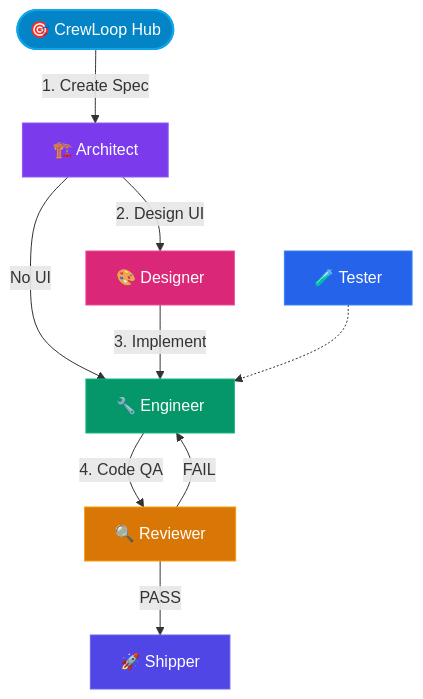
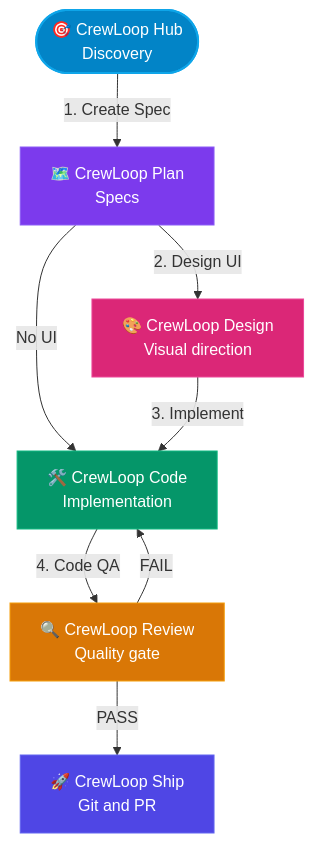
The diagram in docs/public/docs/tools/workflow-test.md (leorsousa05/CrewLoop), drawn with Mermaid before and after one commit. The commit also changed other lines of this file and 117 other files, not shown here.

````diff
--- a/docs/public/docs/tools/workflow-test.md
+++ b/docs/public/docs/tools/workflow-test.md
@@ -19,30 +19,27 @@
 ```mermaid
 flowchart TD
     %% Node Definitions
-    O(["🎯 CrewLoop Hub"]):::crewloop-hub
-    A["🏗️ Architect"]:::architect
-    D["🎨 Designer"]:::designer
-    E["🔧 Engineer"]:::engineer
-    R["🔍 Reviewer"]:::reviewer
-    T["🧪 Tester"]:::tester
-    S["🚀 Shipper"]:::shipper
+    O(["🎯 CrewLoop Hub<br/>Discovery"]):::crewloop-hub
+    P["🗺️ CrewLoop Plan<br/>Specs"]:::crewloop-plan
+    D["🎨 CrewLoop Design<br/>Visual direction"]:::crewloop-design
+    C["🛠️ CrewLoop Code<br/>Implementation"]:::crewloop-code
+    R["🔍 CrewLoop Review<br/>Quality gate"]:::crewloop-review
+    S["🚀 CrewLoop Ship<br/>Git and PR"]:::crewloop-ship
 
-    O -->|1. Create Spec| A
-    A -->|2. Design UI| D
-    A -->|No UI| E
-    D -->|3. Implement| E
-    E -->|4. Code QA| R
+    O -->|1. Create Spec| P
+    P -->|2. Design UI| D
+    P -->|No UI| C
+    D -->|3. Implement| C
+    C -->|4. Code QA| R
     R -->|PASS| S
-    R -->|FAIL| E
-    T -.-> E
+    R -->|FAIL| C
 
     %% Class Definitions (CSS Theme Variables & Contrast Safe Colors)
     classDef default fill:#1e293b,stroke:#475569,stroke-width:1px,color:#f8fafc;
     classDef crewloop-hub fill:#0284c7,stroke:#0ea5e9,stroke-dasharray: 0,color:#ffffff,stroke-width:2px;
-    classDef architect fill:#7c3aed,stroke:#8b5cf6,color:#ffffff,stroke-width:1px;
-    classDef designer fill:#db2777,stroke:#ec4899,color:#ffffff,stroke-width:1px;
-    classDef engineer fill:#059669,stroke:#10b981,color:#ffffff,stroke-width:1px;
-    classDef reviewer fill:#d97706,stroke:#f59e0b,color:#ffffff,stroke-width:1px;
-    classDef tester fill:#2563eb,stroke:#3b82f6,color:#ffffff,stroke-width:1px;
-    classDef shipper fill:#4f46e5,stroke:#6366f1,color:#ffffff,stroke-width:1px;
+    classDef crewloop-plan fill:#7c3aed,stroke:#8b5cf6,color:#ffffff,stroke-width:1px;
+    classDef crewloop-design fill:#db2777,stroke:#ec4899,color:#ffffff,stroke-width:1px;
+    classDef crewloop-code fill:#059669,stroke:#10b981,color:#ffffff,stroke-width:1px;
+    classDef crewloop-review fill:#d97706,stroke:#f59e0b,color:#ffffff,stroke-width:1px;
+    classDef crewloop-ship fill:#4f46e5,stroke:#6366f1,color:#ffffff,stroke-width:1px;
 ```
````
